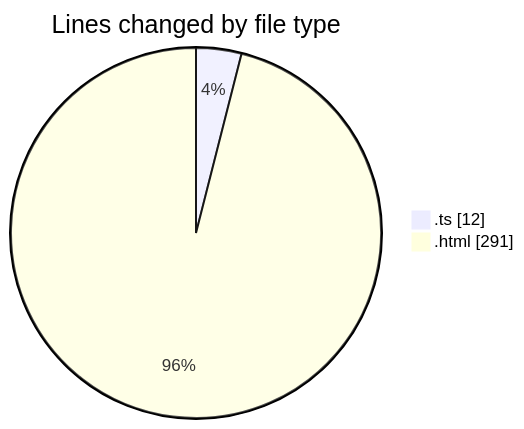
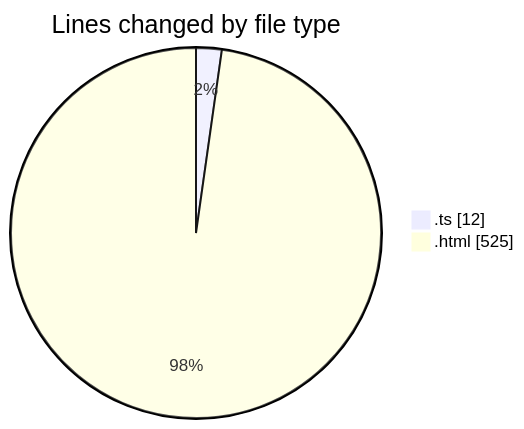
Before and after one commit to igalym/code-tracking: the first of 2 diagrams in 2025-12-29/budget_front_nest/README.md, drawn with Mermaid. The commit also changed other lines of this file and 1 other file, not shown here.

````diff
--- a/2025-12-29/budget_front_nest/README.md
+++ b/2025-12-29/budget_front_nest/README.md
@@ -21,6 +21,6 @@
 ```mermaid
 pie showData
 title Lines changed by file type
 ".ts" : 12
-".html" : 291
+".html" : 525
 ```
````
